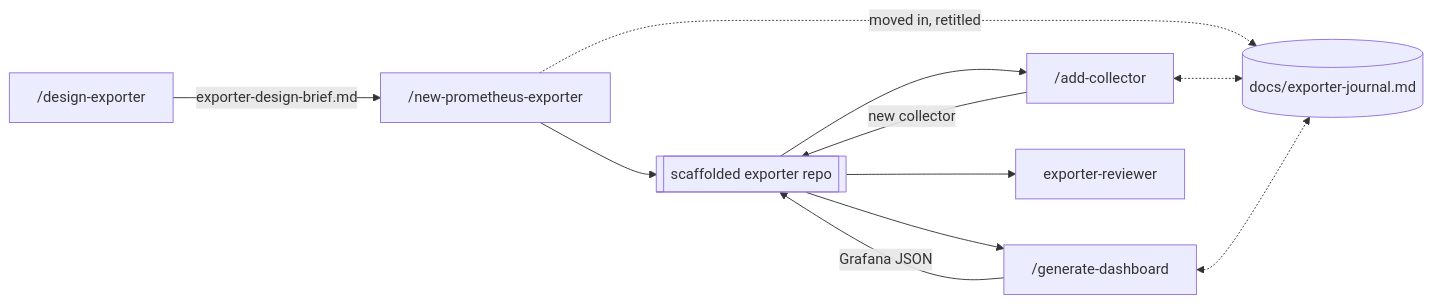
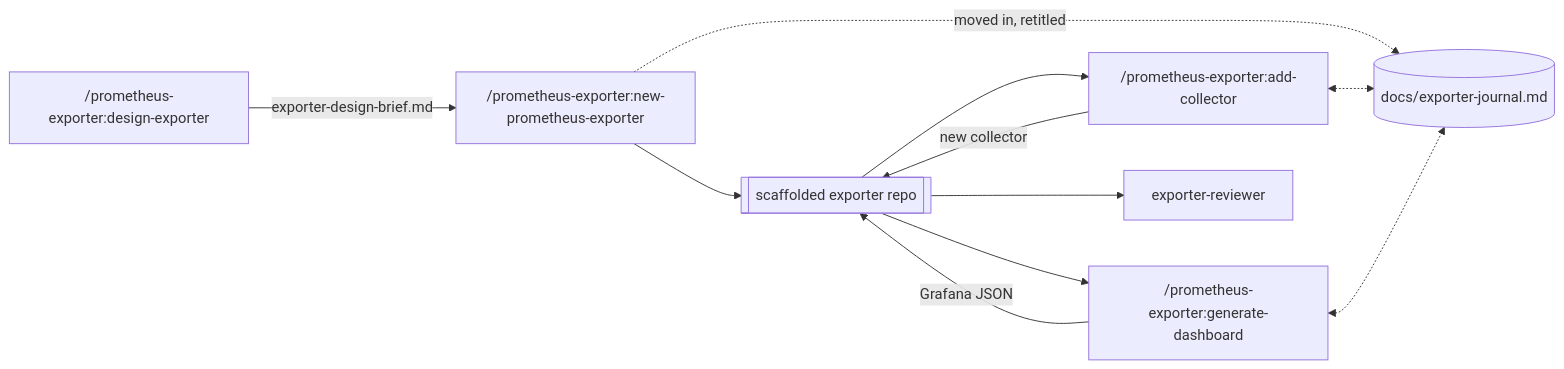
The diagram in README.md (SckyzO/prometheus-exporter-plugin), drawn with Mermaid before and after one commit. The commit also changed other lines of this file and 37 other files, not shown here.

````diff
--- a/README.md
+++ b/README.md
@@ -26,14 +27,14 @@
 ```mermaid
 flowchart LR
-    D["/design-exporter"] -->|exporter-design-brief.md| N["/new-prometheus-exporter"]
+    D["/prometheus-exporter:design-exporter"] -->|exporter-design-brief.md| N["/prometheus-exporter:new-prometheus-exporter"]
     N --> repo[["scaffolded exporter repo"]]
-    repo --> A["/add-collector"]
+    repo --> A["/prometheus-exporter:add-collector"]
     A -->|new collector| repo
-    repo --> G["/generate-dashboard"]
+    repo --> G["/prometheus-exporter:generate-dashboard"]
     G -->|Grafana JSON| repo
     repo --> R["exporter-reviewer"]
 
     N -.->|moved in, retitled| J[("docs/exporter-journal.md")]
     A <-.-> J
     G <-.-> J
 ```
````
